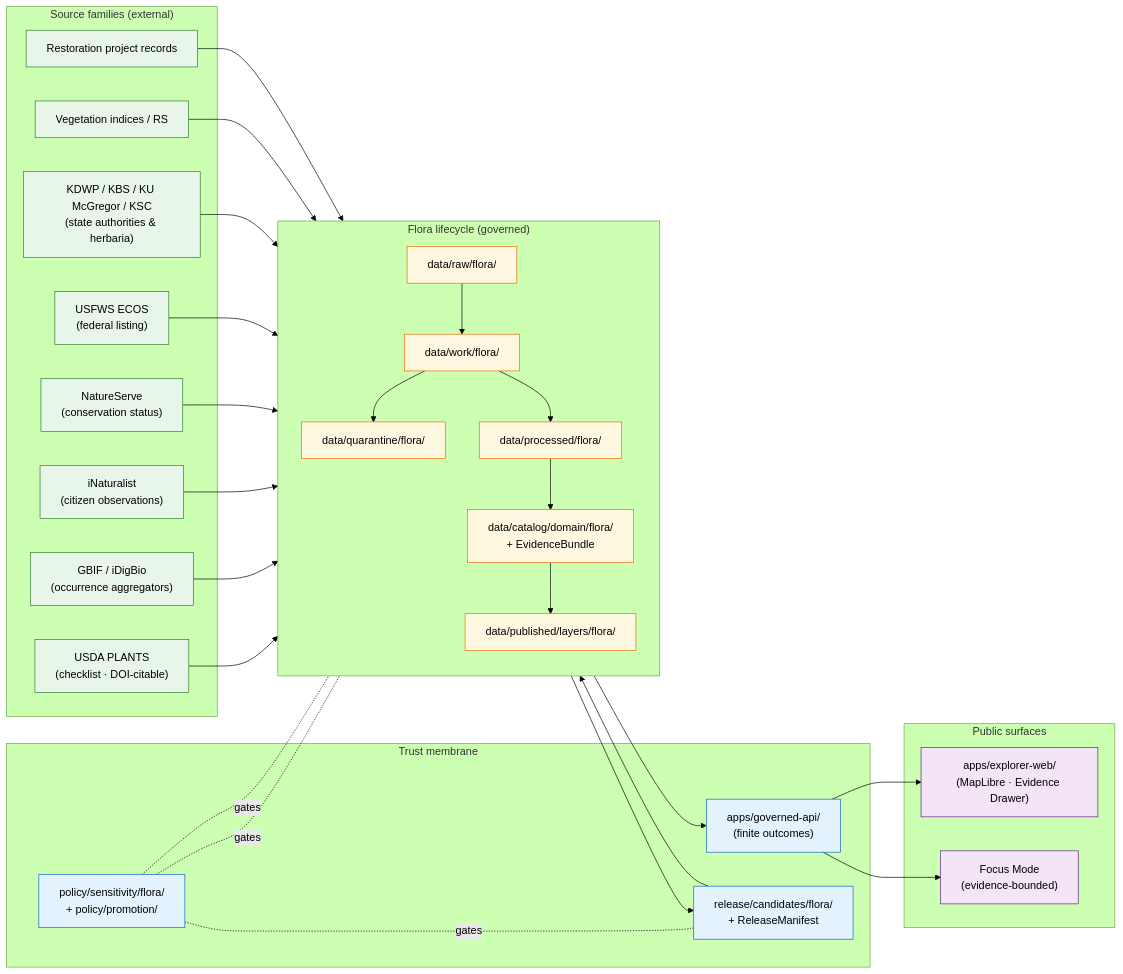
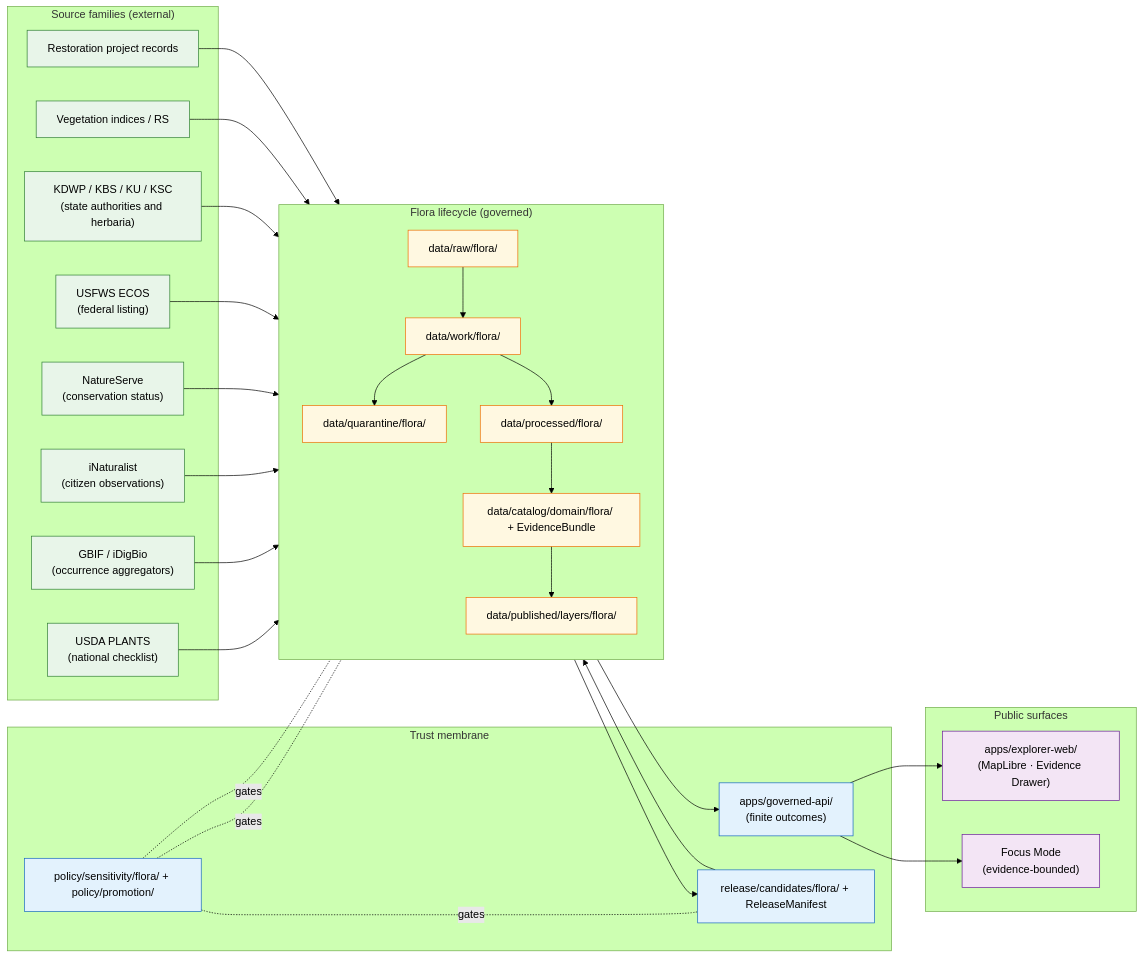
One commit to bartytime4life/Kansas-Frontier-Matrix changed the first of 4 diagrams in docs/domains/flora/ARCHITECTURE.md. Above: the diagram before and after it, drawn with Mermaid (forest theme). The commit also changed other lines of this file, not shown here.

````diff
--- a/docs/domains/flora/ARCHITECTURE.md
+++ b/docs/domains/flora/ARCHITECTURE.md
@@ -198,50 +207,50 @@
 ```mermaid
 flowchart LR
   subgraph SRC["Source families (external)"]
-    SRC1["USDA PLANTS<br/>(checklist · DOI-citable)"]
+    SRC1["USDA PLANTS<br/>(national checklist)"]
     SRC2["GBIF / iDigBio<br/>(occurrence aggregators)"]
     SRC3["iNaturalist<br/>(citizen observations)"]
     SRC4["NatureServe<br/>(conservation status)"]
     SRC5["USFWS ECOS<br/>(federal listing)"]
-    SRC6["KDWP / KBS / KU McGregor / KSC<br/>(state authorities & herbaria)"]
+    SRC6["KDWP / KBS / KU / KSC<br/>(state authorities and herbaria)"]
     SRC7["Vegetation indices / RS"]
     SRC8["Restoration project records"]
   end
 
   subgraph LIFE["Flora lifecycle (governed)"]
     direction TB
     RAW["data/raw/flora/"] --> WORK["data/work/flora/"]
     WORK --> QUAR["data/quarantine/flora/"]
     WORK --> PROC["data/processed/flora/"]
-    PROC --> CAT["data/catalog/domain/flora/<br/>+ EvidenceBundle"]
+    PROC --> CAT["data/catalog/domain/flora/ + EvidenceBundle"]
     CAT --> PUB["data/published/layers/flora/"]
   end
 
   subgraph TRUST["Trust membrane"]
     API["apps/governed-api/<br/>(finite outcomes)"]
-    POL["policy/sensitivity/flora/<br/>+ policy/promotion/"]
-    REL["release/candidates/flora/<br/>+ ReleaseManifest"]
+    POL["policy/sensitivity/flora/ + policy/promotion/"]
+    REL["release/candidates/flora/ + ReleaseManifest"]
   end
 
   subgraph PUBLIC["Public surfaces"]
     UI["apps/explorer-web/<br/>(MapLibre · Evidence Drawer)"]
     AI["Focus Mode<br/>(evidence-bounded)"]
   end
 
   SRC1 & SRC2 & SRC3 & SRC4 & SRC5 & SRC6 & SRC7 & SRC8 --> RAW
   CAT --> REL --> PUB
   POL -. gates .- WORK
   POL -. gates .- CAT
   POL -. gates .- REL
   PUB --> API --> UI
   API --> AI
 
   classDef src fill:#e8f5e9,stroke:#2e7d32;
   classDef life fill:#fff8e1,stroke:#ef6c00;
   classDef trust fill:#e3f2fd,stroke:#1565c0;
   classDef public fill:#f3e5f5,stroke:#6a1b9a;
   class SRC1,SRC2,SRC3,SRC4,SRC5,SRC6,SRC7,SRC8 src;
   class RAW,WORK,QUAR,PROC,CAT,PUB life;
   class API,POL,REL trust;
   class UI,AI public;
 ```
````
